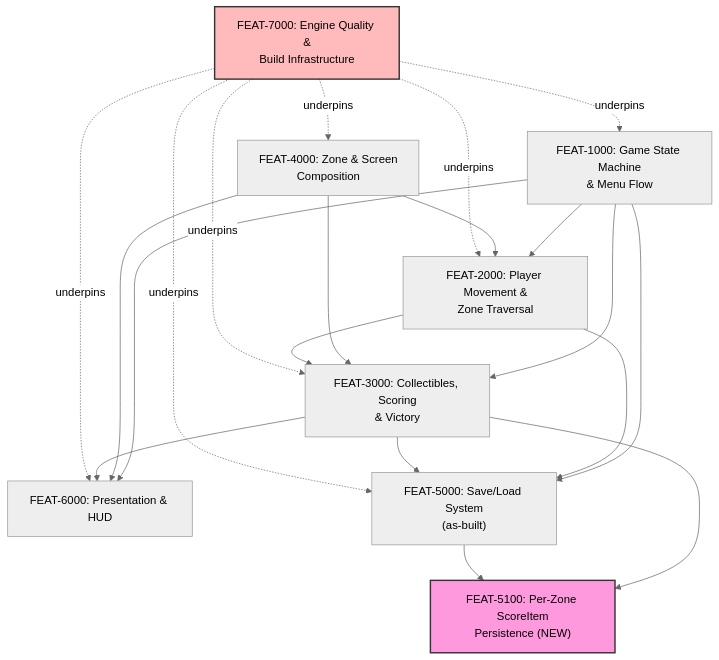
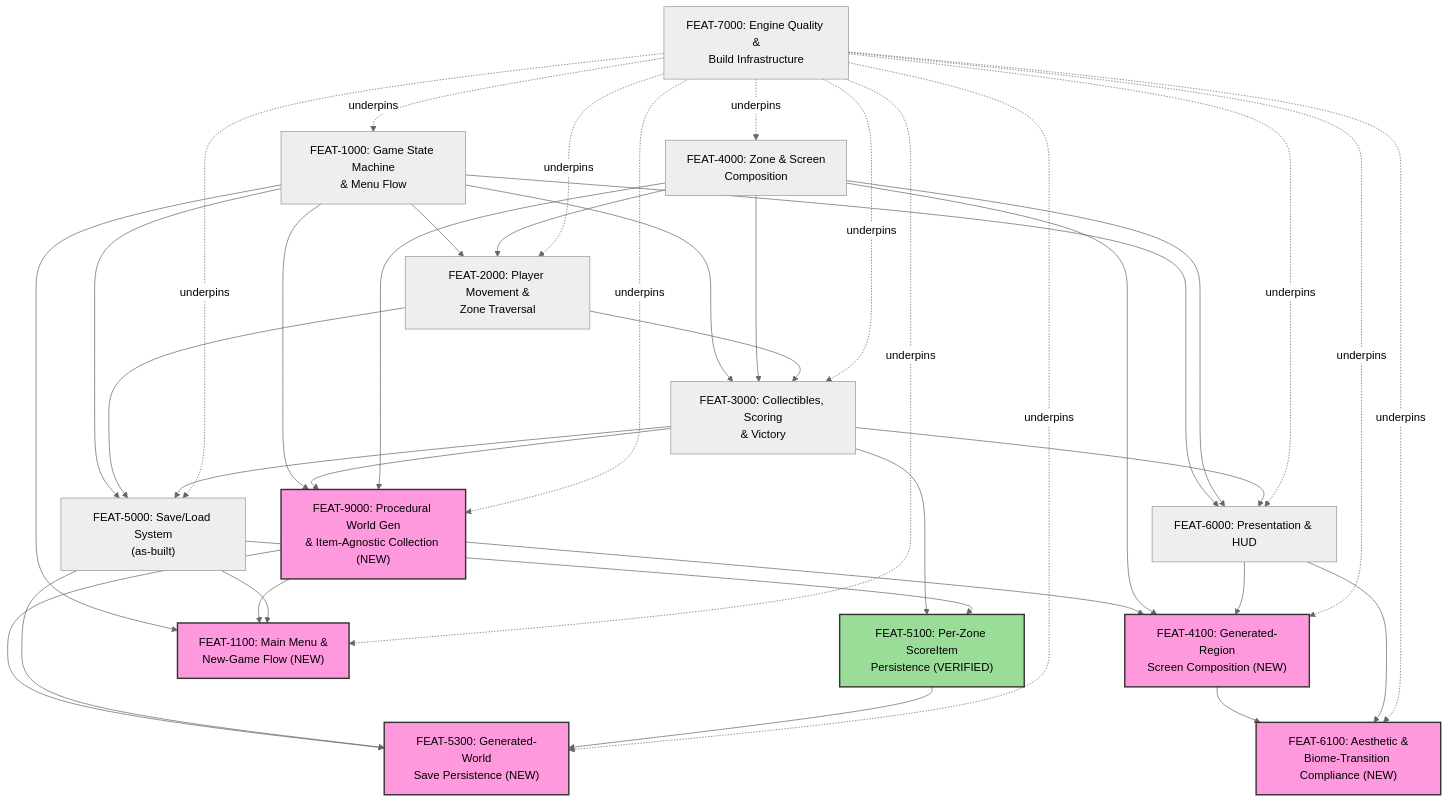
Before and after one commit to Zabin/RsGame: the diagram in docs/feature-planning/04-feature-dependency-graph.md, drawn with Mermaid (neutral theme). The commit also changed other lines of this file and 6 other files, not shown here.

````diff
--- a/docs/feature-planning/04-feature-dependency-graph.md
+++ b/docs/feature-planning/04-feature-dependency-graph.md
@@ -9,35 +9,64 @@
 ```mermaid
 graph TD
     FEAT7000["FEAT-7000: Engine Quality &<br/>Build Infrastructure"]
     FEAT1000["FEAT-1000: Game State Machine<br/>& Menu Flow"]
     FEAT4000["FEAT-4000: Zone & Screen<br/>Composition"]
     FEAT2000["FEAT-2000: Player Movement &<br/>Zone Traversal"]
     FEAT3000["FEAT-3000: Collectibles, Scoring<br/>& Victory"]
     FEAT6000["FEAT-6000: Presentation & HUD"]
     FEAT5000["FEAT-5000: Save/Load System<br/>(as-built)"]
-    FEAT5100["FEAT-5100: Per-Zone ScoreItem<br/>Persistence (NEW)"]
+    FEAT5100["FEAT-5100: Per-Zone ScoreItem<br/>Persistence (VERIFIED)"]
+    FEAT9000["FEAT-9000: Procedural World Gen<br/>& Item-Agnostic Collection (NEW)"]
+    FEAT4100["FEAT-4100: Generated-Region<br/>Screen Composition (NEW)"]
+    FEAT1100["FEAT-1100: Main Menu &<br/>New-Game Flow (NEW)"]
+    FEAT5300["FEAT-5300: Generated-World<br/>Save Persistence (NEW)"]
+    FEAT6100["FEAT-6100: Aesthetic &<br/>Biome-Transition Compliance (NEW)"]
 
     FEAT1000 --> FEAT2000
     FEAT1000 --> FEAT3000
     FEAT1000 --> FEAT5000
     FEAT1000 --> FEAT6000
     FEAT4000 --> FEAT2000
     FEAT4000 --> FEAT3000
     FEAT4000 --> FEAT6000
     FEAT2000 --> FEAT3000
     FEAT2000 --> FEAT5000
     FEAT3000 --> FEAT5000
     FEAT3000 --> FEAT6000
     FEAT3000 --> FEAT5100
     FEAT5000 --> FEAT5100
 
+    FEAT1000 --> FEAT9000
+    FEAT3000 --> FEAT9000
+    FEAT4000 --> FEAT9000
+    FEAT9000 --> FEAT4100
+    FEAT4000 --> FEAT4100
+    FEAT6000 --> FEAT4100
+    FEAT1000 --> FEAT1100
+    FEAT9000 --> FEAT1100
+    FEAT5000 --> FEAT1100
+    FEAT9000 --> FEAT5300
+    FEAT5000 --> FEAT5300
+    FEAT5100 --> FEAT5300
+    FEAT4100 --> FEAT6100
+    FEAT6000 --> FEAT6100
+
     FEAT7000 -.underpins.-> FEAT1000
     FEAT7000 -.underpins.-> FEAT2000
     FEAT7000 -.underpins.-> FEAT3000
     FEAT7000 -.underpins.-> FEAT4000
     FEAT7000 -.underpins.-> FEAT5000
     FEAT7000 -.underpins.-> FEAT6000
+    FEAT7000 -.underpins.-> FEAT9000
+    FEAT7000 -.underpins.-> FEAT4100
+    FEAT7000 -.underpins.-> FEAT1100
+    FEAT7000 -.underpins.-> FEAT5300
+    FEAT7000 -.underpins.-> FEAT6100
 
-    style FEAT5100 fill:#f9d,stroke:#333,stroke-width:2px
-    style FEAT7000 fill:#fbb,stroke:#333,stroke-width:2px
+    style FEAT5100 fill:#9d9,stroke:#333,stroke-width:2px
+    style FEAT9000 fill:#f9d,stroke:#333,stroke-width:2px
+    style FEAT4100 fill:#f9d,stroke:#333,stroke-width:2px
+    style FEAT1100 fill:#f9d,stroke:#333,stroke-width:2px
+    style FEAT5300 fill:#f9d,stroke:#333,stroke-width:2px
+    style FEAT6100 fill:#f9d,stroke:#333,stroke-width:2px
 ```
````
